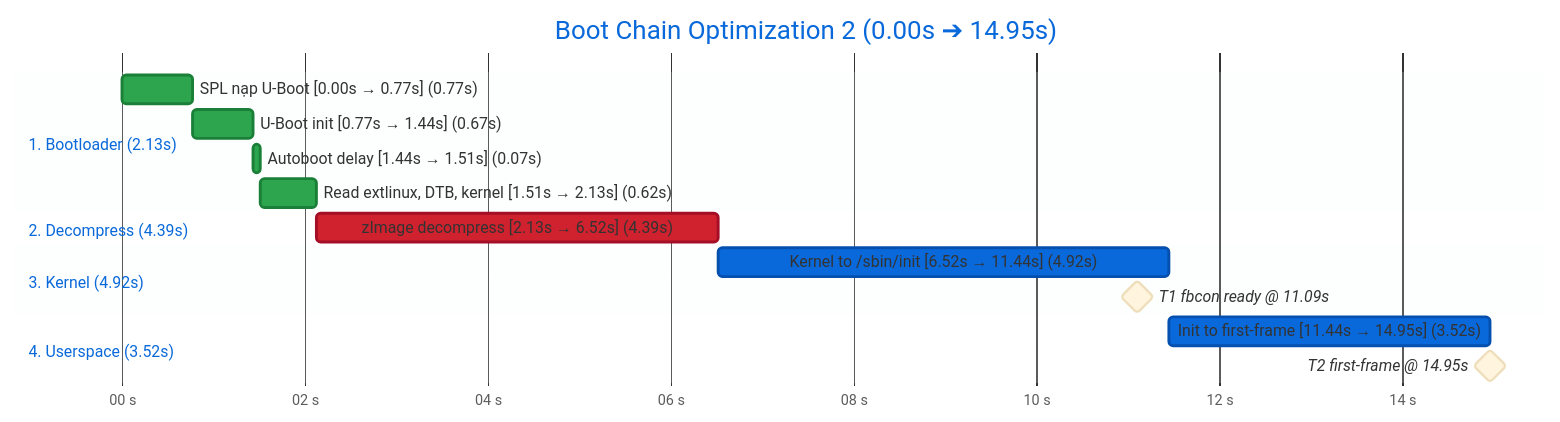
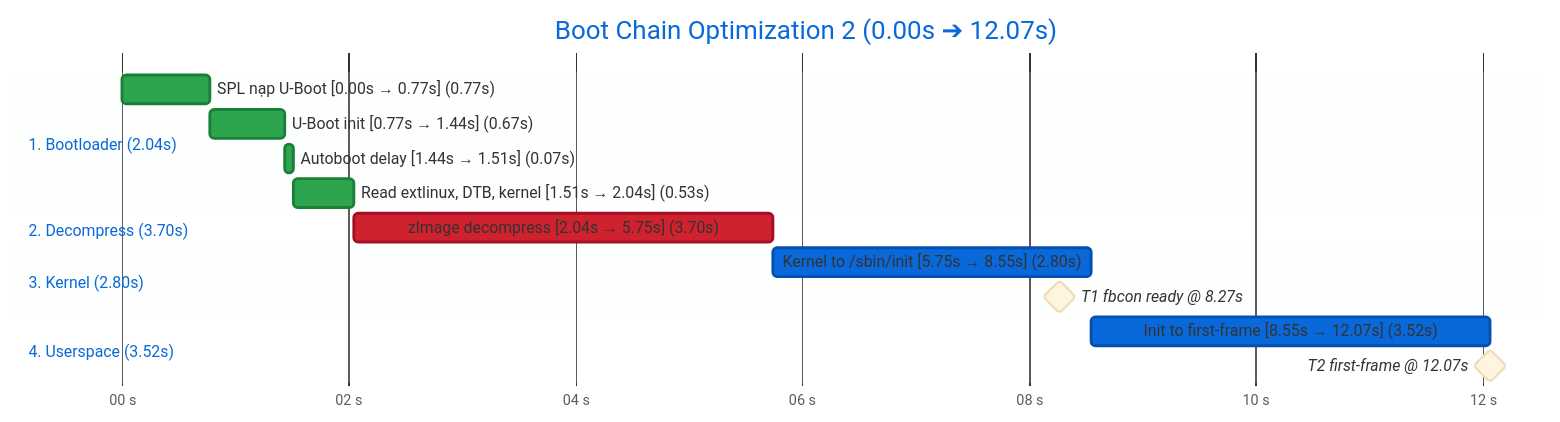
One commit to haidoan2098/boot-time-optimization changed the third of 3 diagrams in notes/baseline-boot-time.md. Above: the diagram before and after it, drawn with Mermaid. The commit also changed other lines of this file and 1 other file, not shown here.

First line of the commit message:
docs: add optimization 2c results and log

````diff
--- a/notes/baseline-boot-time.md
+++ b/notes/baseline-boot-time.md
@@ -323,48 +357,48 @@
 ```mermaid
 %%{init: {
   'theme': 'base',
   'themeVariables': {
     'fontFamily': '-apple-system, BlinkMacSystemFont, Segoe UI, Roboto, monospace',
     'fontSize': '12px',
     'titleColor': '#0969da',
     'gridColor': '#d0d7de',
     'lineColor': '#0969da',
     'sectionBkgColor': '#f6f8fa',
     'altSectionBkgColor': '#ffffff',
     'sectionBkgColor2': '#f6f8fa',
     'doneTaskBkgColor': '#2da44e',
     'doneTaskBorderColor': '#1a7f37',
     'doneTaskTextColor': '#ffffff',
     'critBkgColor': '#cf222e',
     'critBorderColor': '#a40e26',
     'critTextColor': '#ffffff',
     'activeTaskBkgColor': '#0969da',
     'activeTaskBorderColor': '#0550ae',
     'activeTaskTextColor': '#ffffff',
     'milestoneBkgColor': '#d4a72c',
     'milestoneBorderColor': '#9a6700'
   }
 }}%%
 gantt
-    title Boot Chain Optimization 2 (0.00s ➔ 14.95s)
+    title Boot Chain Optimization 2 (0.00s ➔ 12.07s)
     dateFormat x
     axisFormat %S s
     tickInterval 2second
 
-    section 1. Bootloader (2.13s)
+    section 1. Bootloader (2.04s)
     SPL nạp U-Boot [0.00s → 0.77s] (0.77s)            :done, c1, 0, 773
-    U-Boot init [0.77s → 1.44s] (0.67s)               :done, c2, 773, 1440
-    Autoboot delay [1.44s → 1.51s] (0.07s)            :done, c3, 1440, 1510
-    Read extlinux, DTB, kernel [1.51s → 2.13s] (0.62s):done, c4, 1510, 2131
+    U-Boot init [0.77s → 1.44s] (0.67s)               :done, c2, 773, 1441
+    Autoboot delay [1.44s → 1.51s] (0.07s)            :done, c3, 1441, 1510
+    Read extlinux, DTB, kernel [1.51s → 2.04s] (0.53s):done, c4, 1510, 2044
 
-    section 2. Decompress (4.39s)
-    zImage decompress [2.13s → 6.52s] (4.39s)         :crit, c5, 2131, 6517
+    section 2. Decompress (3.70s)
+    zImage decompress [2.04s → 5.75s] (3.70s)         :crit, c5, 2044, 5748
 
-    section 3. Kernel (4.92s)
-    Kernel to /sbin/init [6.52s → 11.44s] (4.92s)     :active, c6, 6517, 11437
-    T1 fbcon ready @ 11.09s                           :milestone, 11094, 11094
+    section 3. Kernel (2.80s)
+    Kernel to /sbin/init [5.75s → 8.55s] (2.80s)      :active, c6, 5748, 8550
+    T1 fbcon ready @ 8.27s                            :milestone, 8265, 8265
 
     section 4. Userspace (3.52s)
-    Init to first-frame [11.44s → 14.95s] (3.52s)     :active, c7, 11437, 14955
-    T2 first-frame @ 14.95s                           :milestone, 14955, 14955
+    Init to first-frame [8.55s → 12.07s] (3.52s)      :active, c7, 8550, 12068
+    T2 first-frame @ 12.07s                           :milestone, 12068, 12068
 ```
````
